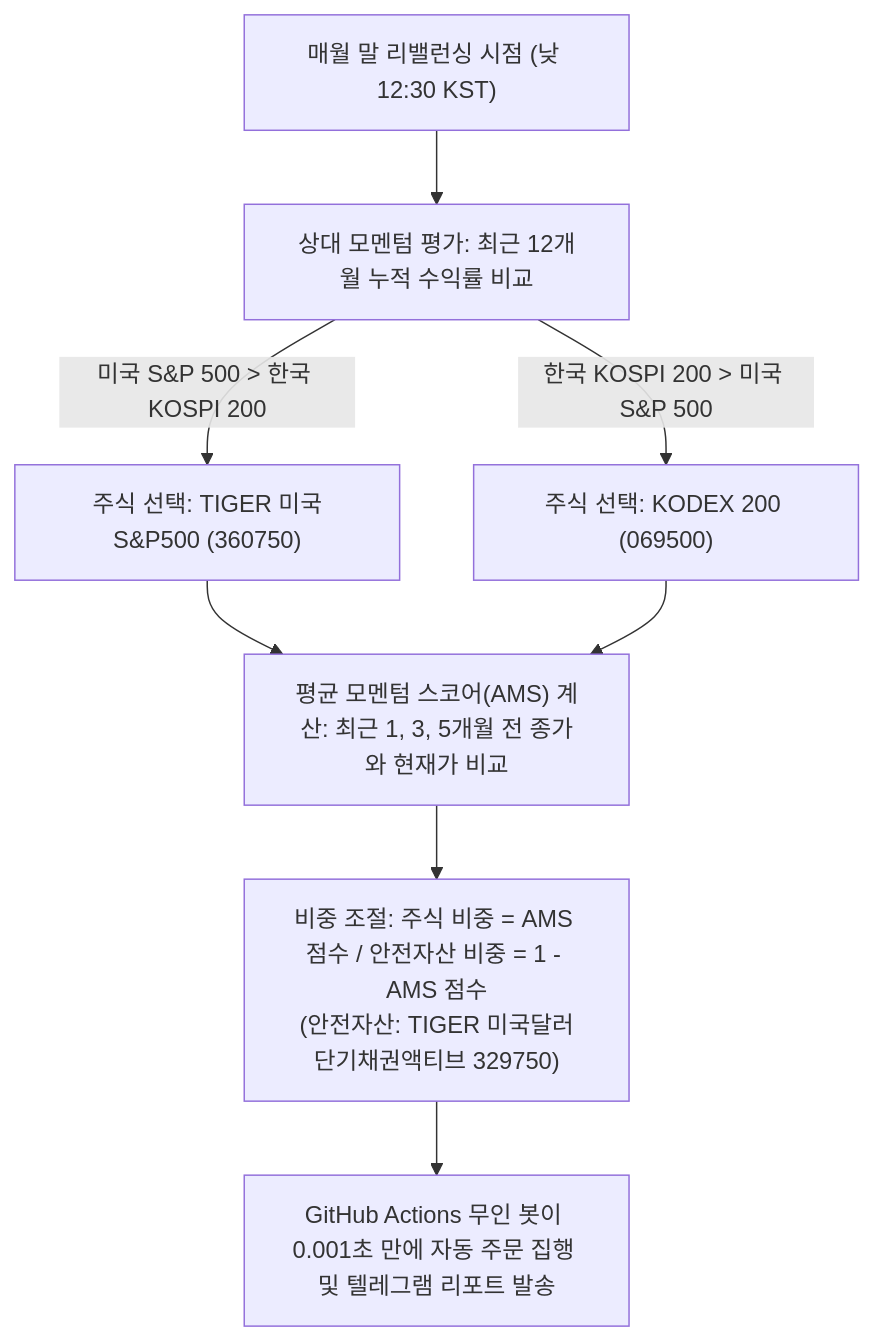
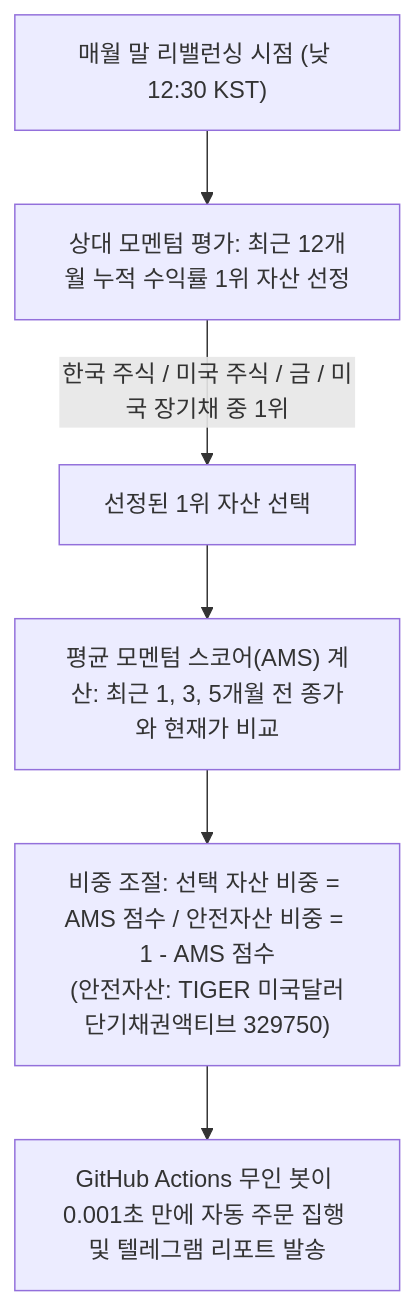
One commit to hyh54311-dev/jinhae-admission-system changed the diagram in retirement_savings_dual_momentum_guide.md. Above: the diagram before and after it, drawn with Mermaid. The commit also changed other lines of this file, not shown here.

````diff
--- a/retirement_savings_dual_momentum_guide.md
+++ b/retirement_savings_dual_momentum_guide.md
@@ -737,10 +736,8 @@
 ```mermaid
 graph TD
- A["매월 말 리밸런싱 시점 (낮 12:30 KST)"] --> B["상대 모멘텀 평가: 최근 12개월 누적 수익률 비교"]
- B -- "미국 S&P 500 > 한국 KOSPI 200" --> C["주식 선택: TIGER 미국S&P500 (360750)"]
- B -- "한국 KOSPI 200 > 미국 S&P 500" --> D["주식 선택: KODEX 200 (069500)"]
+ A["매월 말 리밸런싱 시점 (낮 12:30 KST)"] --> B["상대 모멘텀 평가: 최근 12개월 누적 수익률 1위 자산 선정"]
+ B -- "한국 주식 / 미국 주식 / 금 / 미국 장기채 중 1위" --> C["선정된 1위 자산 선택"]
  C --> E["평균 모멘텀 스코어(AMS) 계산: 최근 1, 3, 5개월 전 종가와 현재가 비교"]
- D --> E
- E --> F["비중 조절: 주식 비중 = AMS 점수 / 안전자산 비중 = 1 - AMS 점수<br>(안전자산: TIGER 미국달러단기채권액티브 329750)"]
+ E --> F["비중 조절: 선택 자산 비중 = AMS 점수 / 안전자산 비중 = 1 - AMS 점수<br>(안전자산: TIGER 미국달러단기채권액티브 329750)"]
  F --> G["GitHub Actions 무인 봇이 0.001초 만에 자동 주문 집행 및 텔레그램 리포트 발송"]
 ```
````
